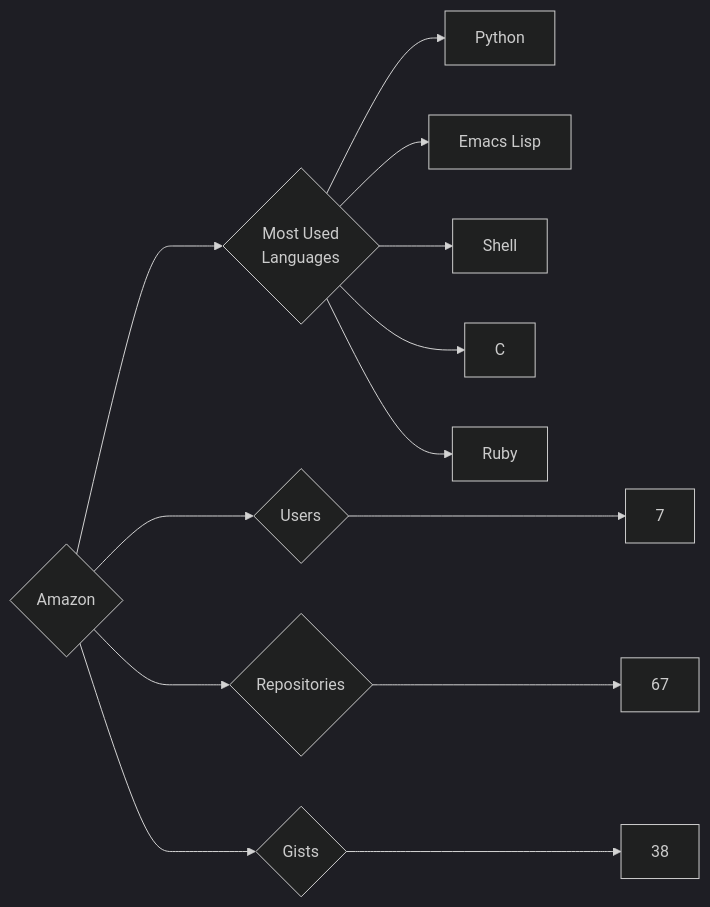
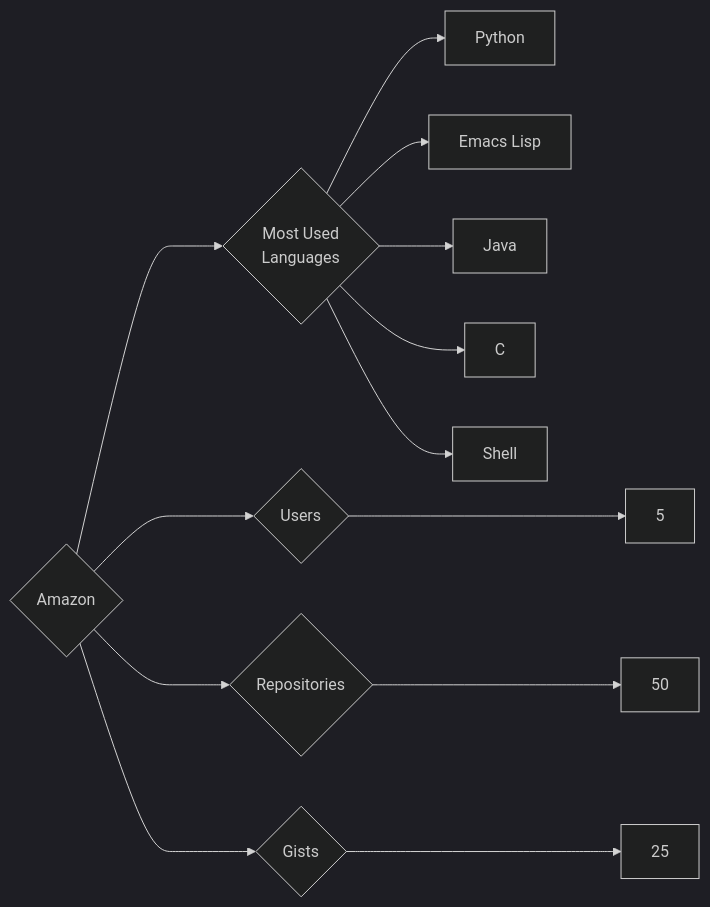
One commit to trickest/insiders changed the diagram in targets/Amazon/README.md. Above: the diagram before and after it, drawn with Mermaid (dark theme). The commit also changed 938 other files, not shown here.

````diff
--- a/targets/Amazon/README.md
+++ b/targets/Amazon/README.md
@@ -3,13 +3,13 @@
 ```mermaid
 graph LR
 COMPANY_NAME{Amazon}
-COMPANY_NAME ---> U{Users} ---> UN[7]
-COMPANY_NAME ---> R{Repositories} ---> RN[67]
-COMPANY_NAME ---> G{Gists} ---> GN[38]
+COMPANY_NAME ---> U{Users} ---> UN[5]
+COMPANY_NAME ---> R{Repositories} ---> RN[50]
+COMPANY_NAME ---> G{Gists} ---> GN[25]
 COMPANY_NAME ---> ML{Most Used<br>Languages}
 ML --> Python[Python]
 ML --> Emacs_Lisp[Emacs Lisp]
+ML --> Java[Java]
+ML --> C[C]
 ML --> Shell[Shell]
-ML --> C[C]
-ML --> Ruby[Ruby]
 ```
````
